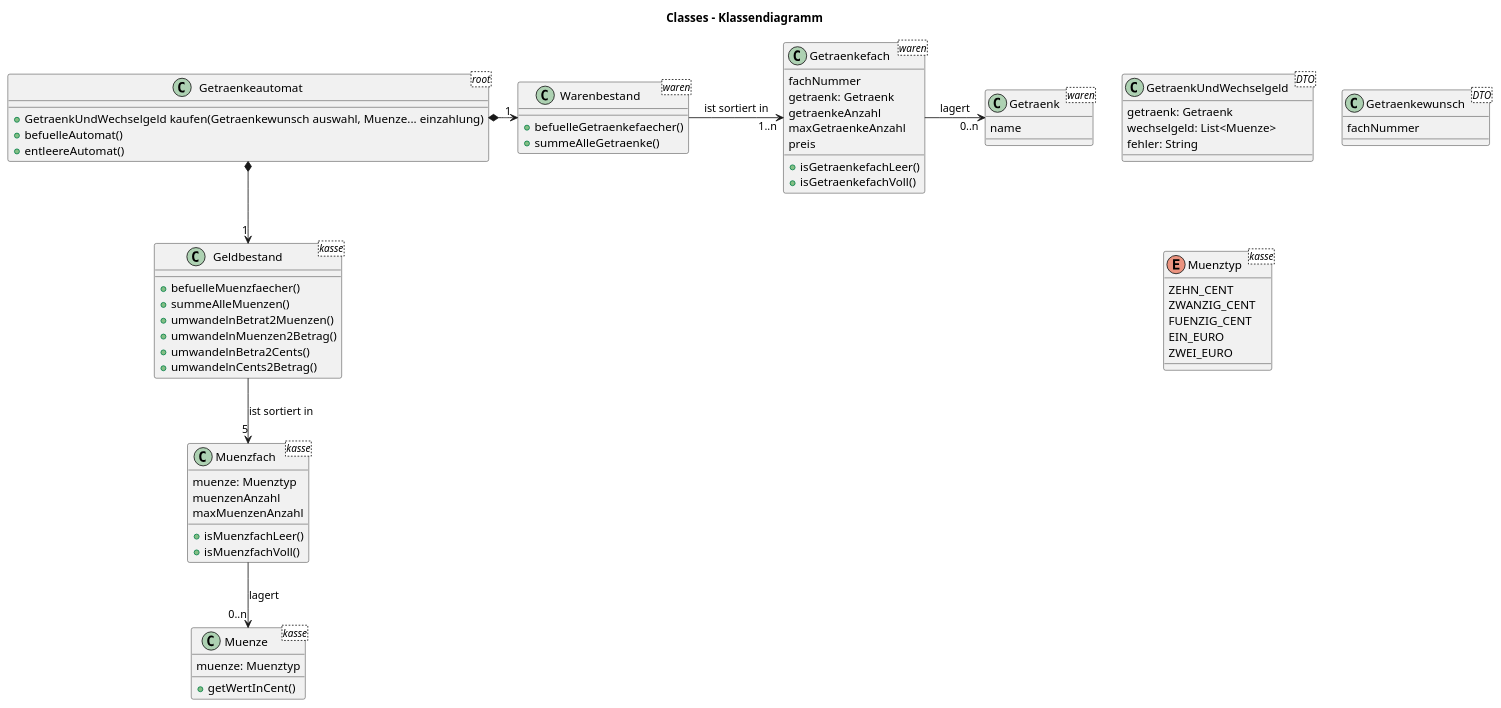
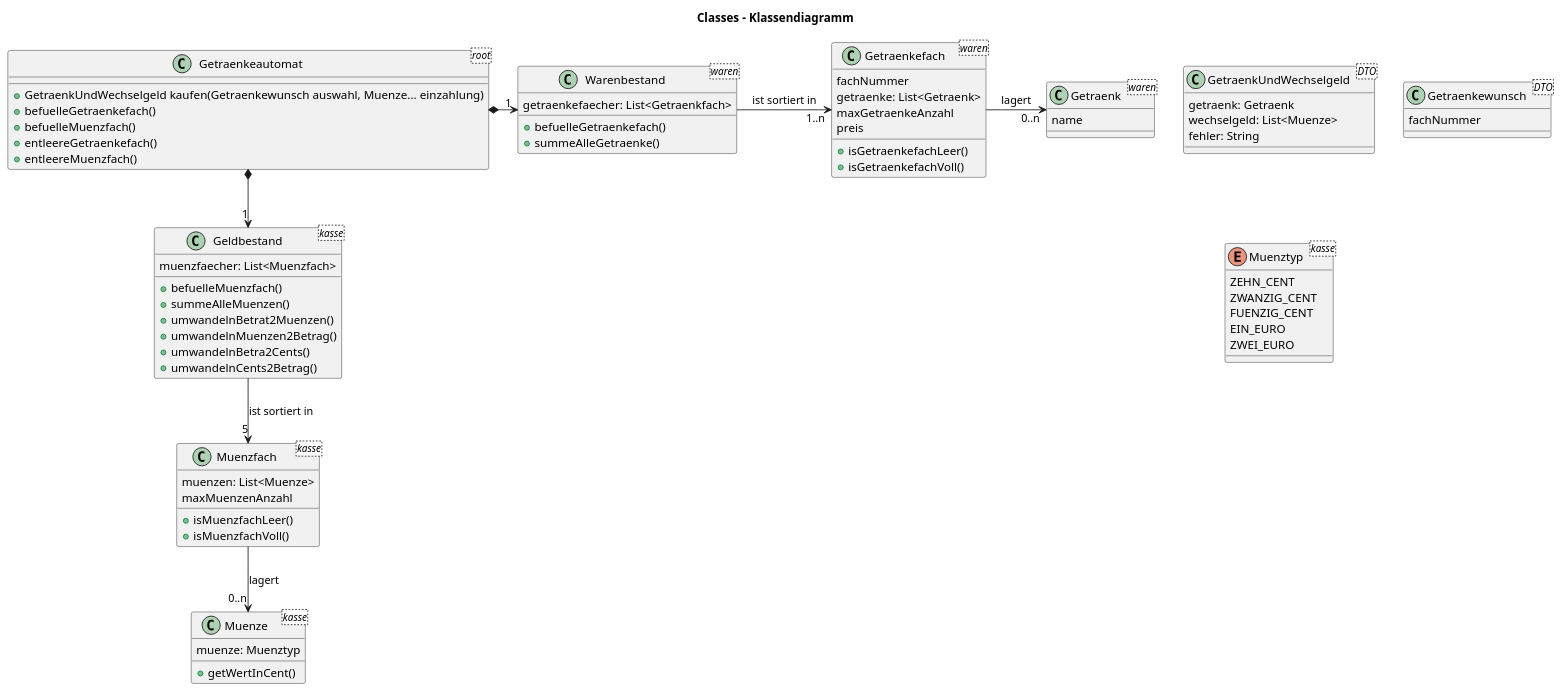
Before and after one commit to robertodefreitas/Getraenkeautomat.2022-02-09: the diagram in uml-Klassendiagramm.puml, drawn with PlantUML. The commit also changed 6 other files, not shown here.

```diff
--- a/uml-Klassendiagramm.puml
+++ b/uml-Klassendiagramm.puml
@@ -1,99 +1,103 @@
 @startuml
 'https://plantuml.com/class-diagram
 title Classes - Klassendiagramm
 
 class Getraenkeautomat <root> {
 +GetraenkUndWechselgeld kaufen(Getraenkewunsch auswahl, Muenze... einzahlung)
-+befuelleAutomat()
-+entleereAutomat()
+'+befuelleAutomat()
++befuelleGetraenkefach()
++befuelleMuenzfach()
+'+entleereAutomat()
++entleereGetraenkefach()
++entleereMuenzfach()
 }
 
 
 'WAREN
 
 class Warenbestand <waren> {
-+befuelleGetraenkefaecher()
+getraenkefaecher: List<Getraenkfach>
++befuelleGetraenkefach()
 +summeAlleGetraenke()
 }
 
 class Getraenkefach <waren> {
 fachNummer
-getraenk: Getraenk
-getraenkeAnzahl
+getraenke: List<Getraenk>
 maxGetraenkeAnzahl
 preis
 +isGetraenkefachLeer()
 +isGetraenkefachVoll()
 }
 
 class Getraenk <waren> {
 name
 }
 
 
 'KASSE
 
 class Geldbestand <kasse> {
-+befuelleMuenzfaecher()
+muenzfaecher: List<Muenzfach>
++befuelleMuenzfach()
 +summeAlleMuenzen()
 +umwandelnBetrat2Muenzen()
 +umwandelnMuenzen2Betrag()
 +umwandelnBetra2Cents()
 +umwandelnCents2Betrag()
 }
 
 class Muenzfach <kasse> {
-muenze: Muenztyp
-muenzenAnzahl
+muenzen: List<Muenze>
 maxMuenzenAnzahl
 +isMuenzfachLeer()
 +isMuenzfachVoll()
 }
 
 class Muenze <kasse> {
 muenze: Muenztyp
 +getWertInCent()
 }
 
 
 'OHNE_BEZIEHUNG
 
 class GetraenkUndWechselgeld <DTO> {
 getraenk: Getraenk
 wechselgeld: List<Muenze>
 fehler: String
 }
 
 class Getraenkewunsch <DTO> {
 fachNummer
 }
 
 enum Muenztyp <kasse> {
 ZEHN_CENT
 ZWANZIG_CENT
 FUENZIG_CENT
 EIN_EURO
 ZWEI_EURO
 }
 
 
 'BEZIEHUNGEN
 'https://info-wsf.de/assoziation-aggregation-und-komposition/
 'https://www.geeksforgeeks.org/association-composition-aggregation-java/
 'Komposition
 'Class --* Composition
 'Aggregation
 'Class --o Aggregation
 'Assoziation
 'Class --> Association
 'Class --|> Extension
 
 Getraenkeautomat *-> "1" Warenbestand
 Warenbestand -> "1..n" Getraenkefach : ist sortiert in
 Getraenkefach -> "0..n" Getraenk : lagert
 
 Getraenkeautomat *--> "1" Geldbestand
 Geldbestand --> "5" Muenzfach : ist sortiert in
 Muenzfach --> "0..n" Muenze : lagert
 
 @enduml
```
